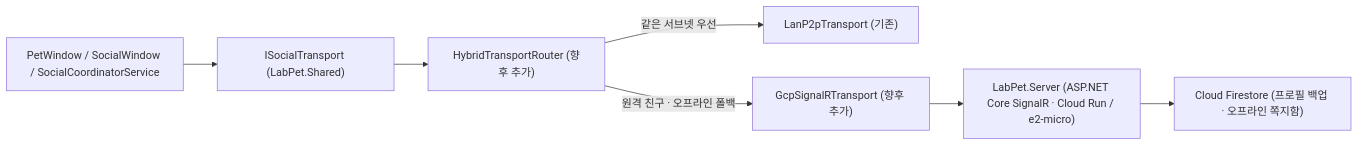
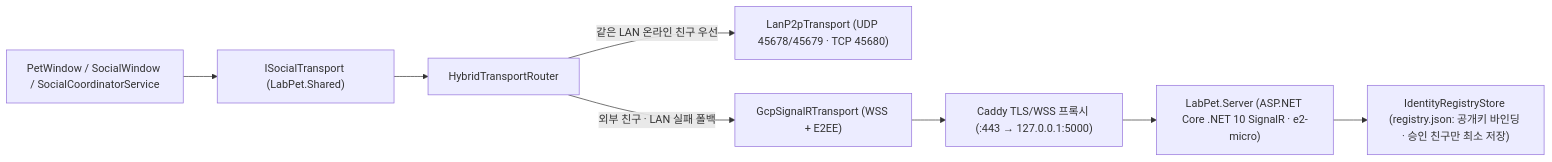
The diagram in docs/07_GCP_클라우드_확장가이드.md (DJU-ADAS-LAB/LabPet), drawn with Mermaid before and after one commit. The commit also changed other lines of this file and 60 other files, not shown here.

````diff
--- a/docs/07_GCP_클라우드_확장가이드.md
+++ b/docs/07_GCP_클라우드_확장가이드.md
@@ -25,9 +27,10 @@
 ```mermaid
 flowchart LR
     UI["PetWindow / SocialWindow / SocialCoordinatorService"] --> IFace["ISocialTransport (LabPet.Shared)"]
-    IFace --> Router["HybridTransportRouter (향후 추가)"]
-    Router -->|같은 서브넷 우선| LAN["LanP2pTransport (기존)"]
-    Router -->|원격 친구 · 오프라인 폴백| GCP["GcpSignalRTransport (향후 추가)"]
-    GCP --> CloudRun["LabPet.Server (ASP.NET Core SignalR · Cloud Run / e2-micro)"]
-    CloudRun --> Firestore["Cloud Firestore (프로필 백업 · 오프라인 쪽지함)"]
+    IFace --> Router["HybridTransportRouter"]
+    Router -->|같은 LAN 온라인 친구 우선| LAN["LanP2pTransport (UDP 45678/45679 · TCP 45680)"]
+    Router -->|외부 친구 · LAN 실패 폴백| GCP["GcpSignalRTransport (WSS + E2EE)"]
+    GCP --> Caddy["Caddy TLS/WSS 프록시 (:443 → 127.0.0.1:5000)"]
+    Caddy --> Server["LabPet.Server (ASP.NET Core .NET 10 SignalR · e2-micro)"]
+    Server --> Reg["IdentityRegistryStore (registry.json: 공개키 바인딩 · 승인 친구만 최소 저장)"]
 ```
````
